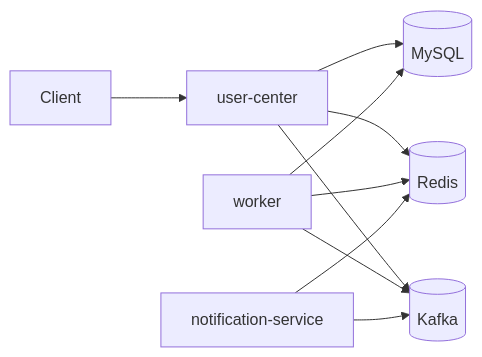
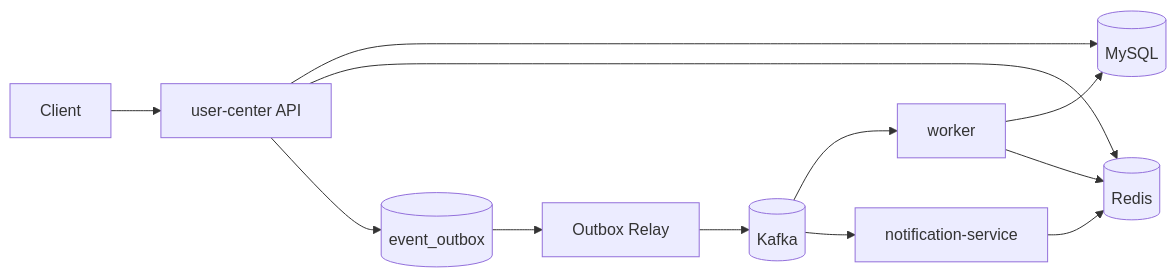
One commit to Augustus-novem/User-center changed the diagram in README.md. Above: the diagram before and after it, drawn with Mermaid. The commit also changed other lines of this file and 42 other files, not shown here.

````diff
--- a/README.md
+++ b/README.md
@@ -131,12 +20,14 @@
 ```mermaid
 flowchart LR
-    A[Client] --> B[user-center]
-    B --> C[(MySQL)]
-    B --> D[(Redis)]
-    B --> E[(Kafka)]
-    F[worker] --> E
-    F --> C
-    F --> D
-    G[notification-service] --> E
-    G --> D
+    Client --> API[user-center API]
+    API --> MySQL[(MySQL)]
+    API --> Redis[(Redis)]
+    API --> Outbox[(event_outbox)]
+    Outbox --> Relay[Outbox Relay]
+    Relay --> Kafka[(Kafka)]
+    Kafka --> Worker[worker]
+    Kafka --> Notification[notification-service]
+    Worker --> MySQL
+    Worker --> Redis
+    Notification --> Redis
 ```
````
